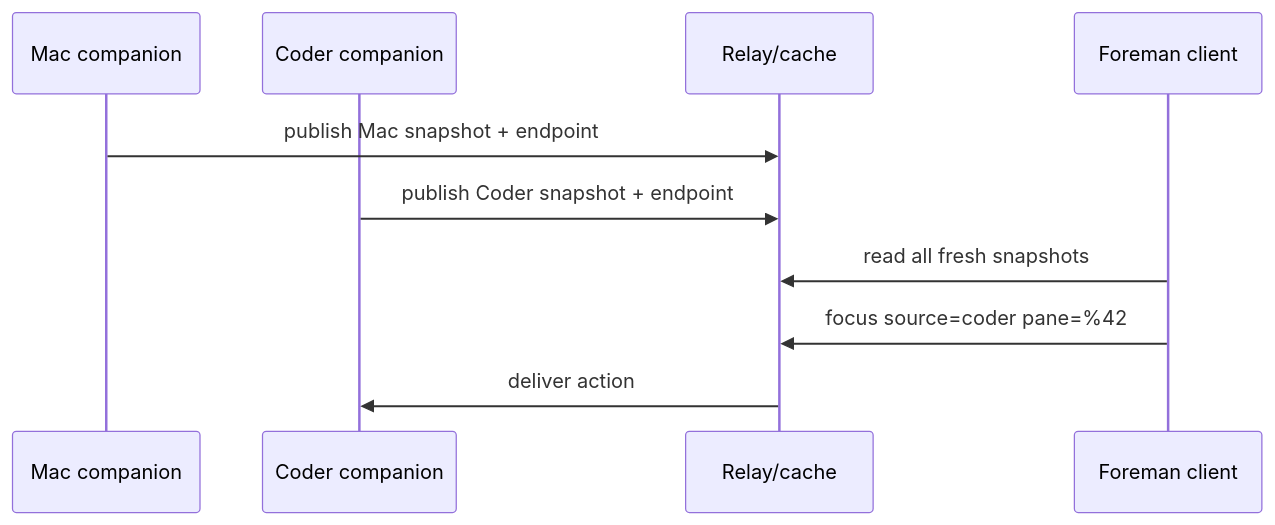
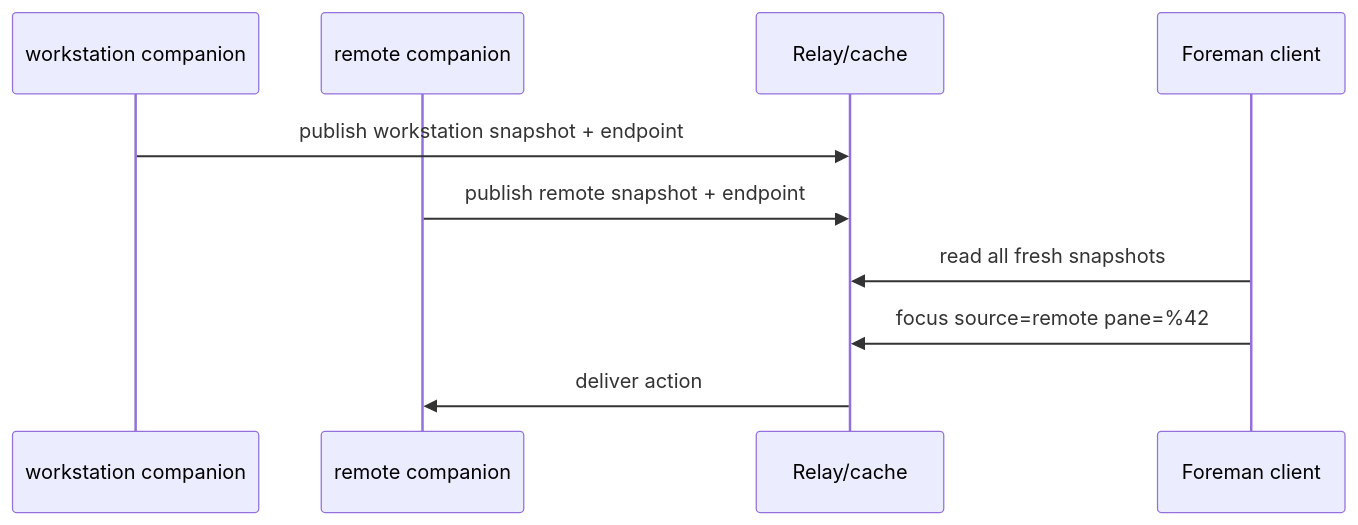
The fourth of 8 diagrams in docs/decisions/0004-source-companion-relay.md (safurrier/foreman), drawn with Mermaid before and after one commit. The commit also changed other lines of this file and 26 other files, not shown here.

First line of the commit message:
Add source companion transport and prewarmer support

````diff
--- a/docs/decisions/0004-source-companion-relay.md
+++ b/docs/decisions/0004-source-companion-relay.md
@@ -199,13 +228,13 @@
 ```mermaid
 sequenceDiagram
-    participant MacC as Mac companion
-    participant CoderC as Coder companion
+    participant WorkstationC as workstation companion
+    participant RemoteC as remote companion
     participant Relay as Relay/cache
     participant Client as Foreman client
 
-    MacC->>Relay: publish Mac snapshot + endpoint
-    CoderC->>Relay: publish Coder snapshot + endpoint
+    WorkstationC->>Relay: publish workstation snapshot + endpoint
+    RemoteC->>Relay: publish remote snapshot + endpoint
     Client->>Relay: read all fresh snapshots
-    Client->>Relay: focus source=coder pane=%42
-    Relay->>CoderC: deliver action
+    Client->>Relay: focus source=remote pane=%42
+    Relay->>RemoteC: deliver action
 ```
````
